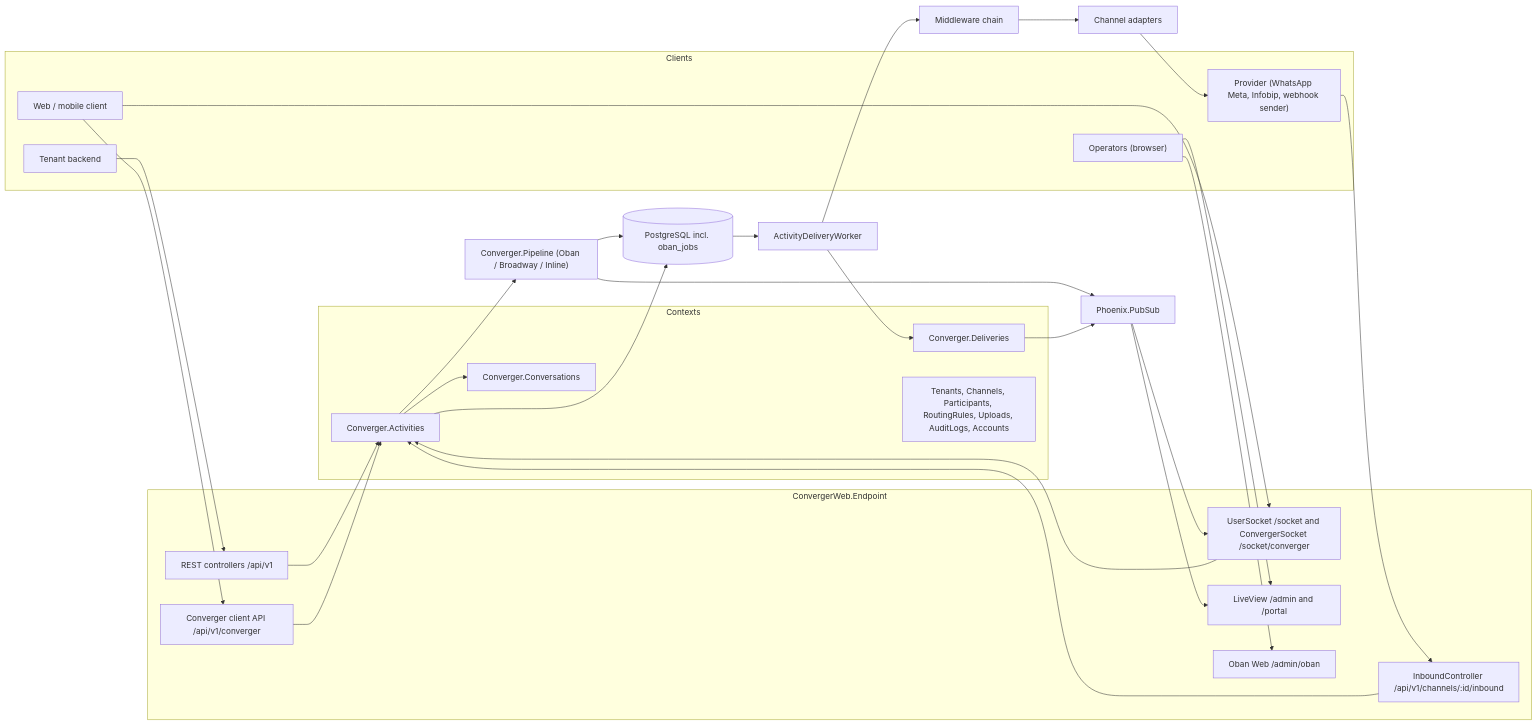
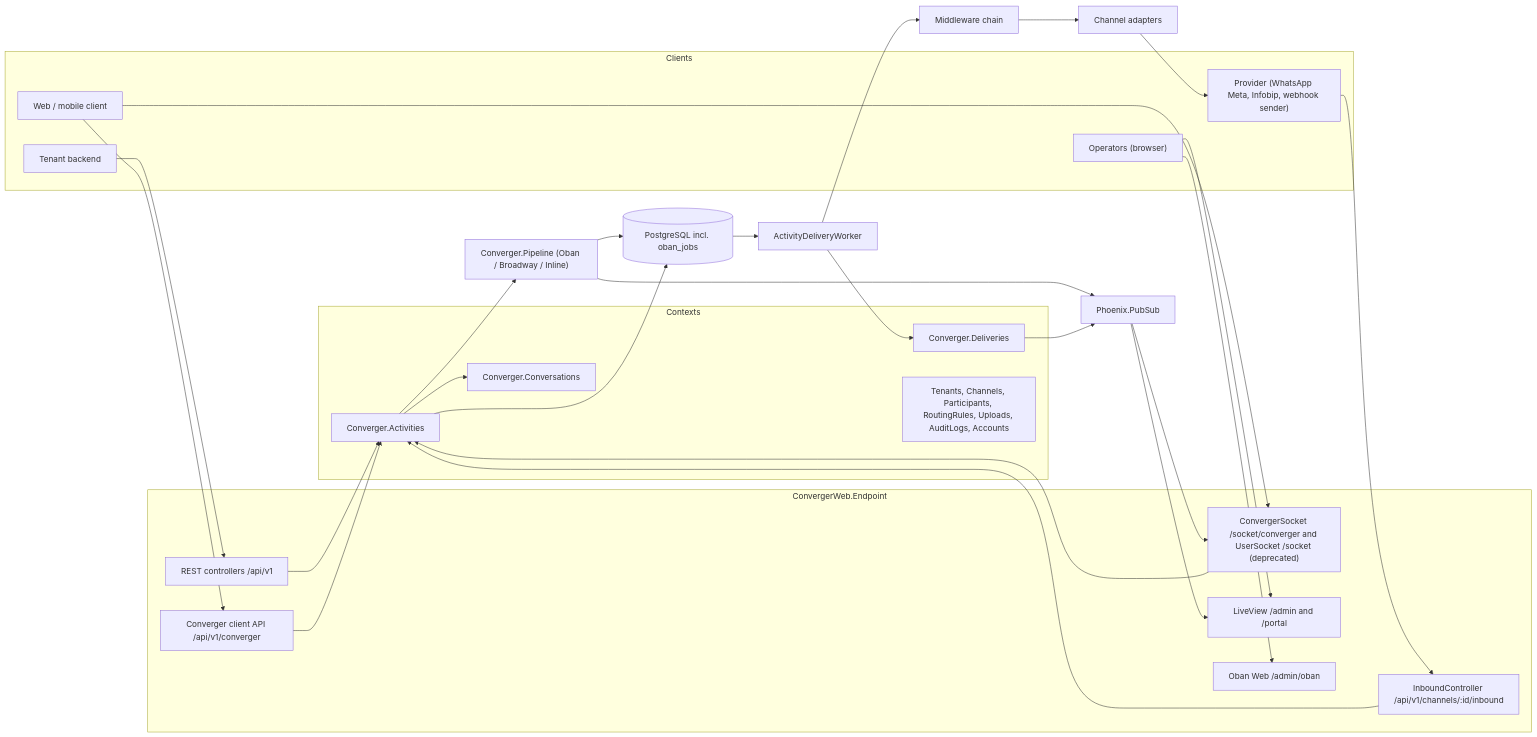
The second of 2 diagrams in docs/architecture/overview.md (AimTune/converger), drawn with Mermaid before and after one commit. The commit also changed other lines of this file and 42 other files, not shown here.

First line of the commit message:
feat(ws): unify on the Converger API socket, deprecate the legacy stack

````diff
--- a/docs/architecture/overview.md
+++ b/docs/architecture/overview.md
@@ -61,55 +61,55 @@
 ```mermaid
 flowchart LR
     subgraph Clients
         WEB["Web / mobile client"]
         SRV["Tenant backend"]
         PROV["Provider (WhatsApp Meta, Infobip, webhook sender)"]
         OPS["Operators (browser)"]
     end
 
     subgraph Endpoint["ConvergerWeb.Endpoint"]
         REST["REST controllers /api/v1"]
         CAPI["Converger client API /api/v1/converger"]
         INB["InboundController /api/v1/channels/:id/inbound"]
-        SOCK["UserSocket /socket and ConvergerSocket /socket/converger"]
+        SOCK["ConvergerSocket /socket/converger and UserSocket /socket (deprecated)"]
         LV["LiveView /admin and /portal"]
         OW["Oban Web /admin/oban"]
     end
 
     subgraph Core["Contexts"]
         ACT["Converger.Activities"]
         CONV["Converger.Conversations"]
         DEL["Converger.Deliveries"]
         OTHER["Tenants, Channels, Participants, RoutingRules, Uploads, AuditLogs, Accounts"]
     end
 
     PIPE["Converger.Pipeline (Oban / Broadway / Inline)"]
     W["ActivityDeliveryWorker"]
     MW["Middleware chain"]
     AD["Channel adapters"]
     PUB["Phoenix.PubSub"]
     DB[("PostgreSQL incl. oban_jobs")]
 
     WEB --> CAPI
     WEB --> SOCK
     SRV --> REST
     PROV --> INB
     OPS --> LV
     OPS --> OW
     REST --> ACT
     CAPI --> ACT
     INB --> ACT
     SOCK --> ACT
     ACT --> CONV
     ACT --> PIPE
     ACT --> DB
     PIPE --> DB
     PIPE --> PUB
     DB --> W
     W --> MW --> AD
     AD --> PROV
     W --> DEL
     DEL --> PUB
     PUB --> SOCK
     PUB --> LV
 ```
````
